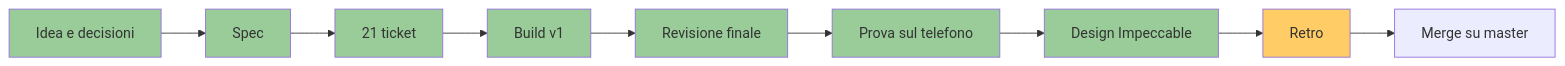
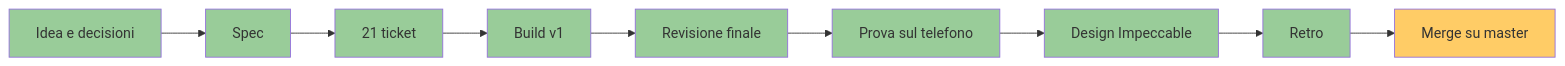
One commit to FriendlyButFire/guardaroba changed the diagram in docs/roadmap.md. Above: the diagram before and after it, drawn with Mermaid. The commit also changed other lines of this file and 8 other files, not shown here.

````diff
--- a/docs/roadmap.md
+++ b/docs/roadmap.md
@@ -7,12 +7,13 @@
 ```mermaid
 flowchart LR
   A[Idea e decisioni] --> B[Spec] --> C[21 ticket] --> D[Build v1] --> E[Revisione finale] --> F[Prova sul telefono] --> G[Design Impeccable] --> H[Retro] --> I[Merge su master]
   style A fill:#9c9
   style B fill:#9c9
   style C fill:#9c9
   style D fill:#9c9
   style E fill:#9c9
   style F fill:#9c9
   style G fill:#9c9
-  style H fill:#fc6
+  style H fill:#9c9
+  style I fill:#fc6
 ```
````
